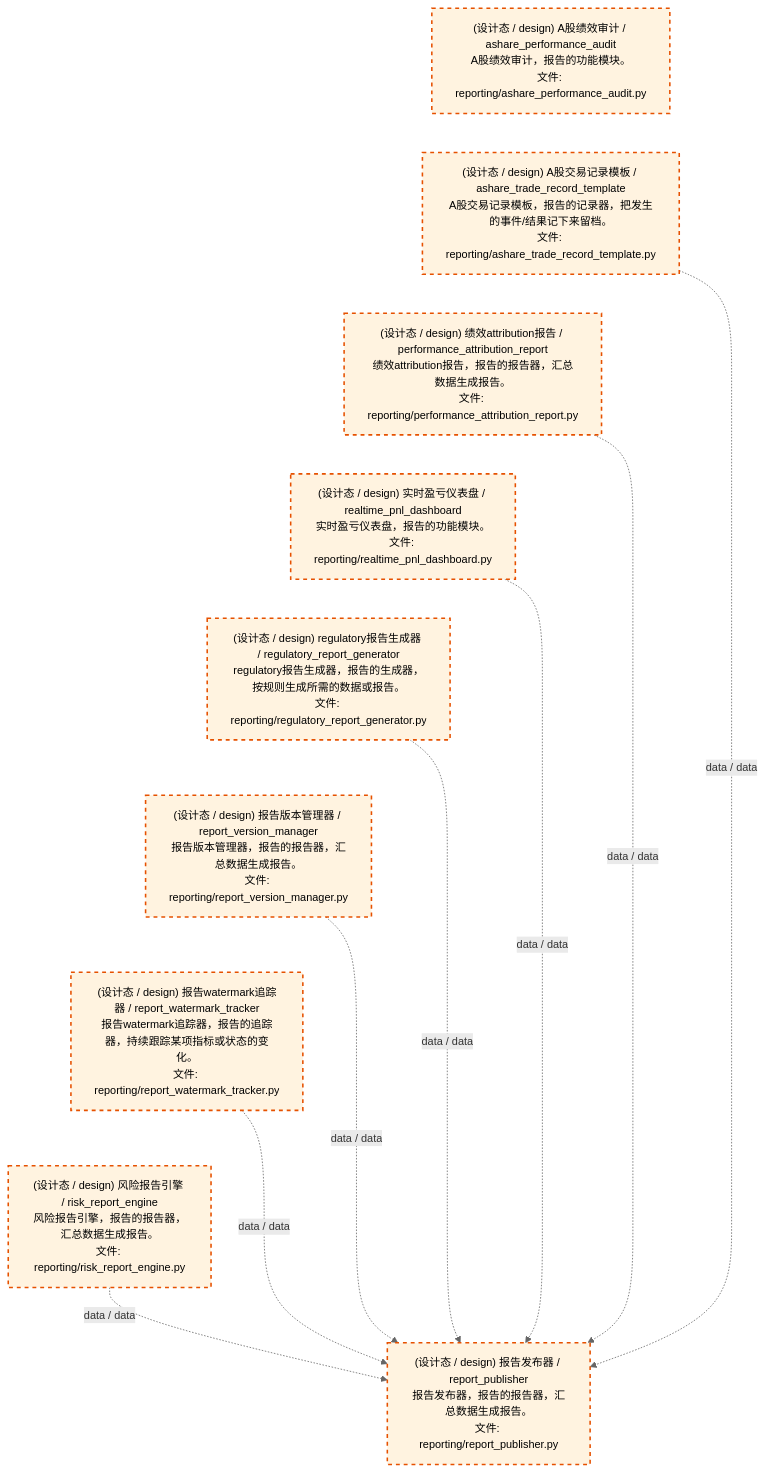
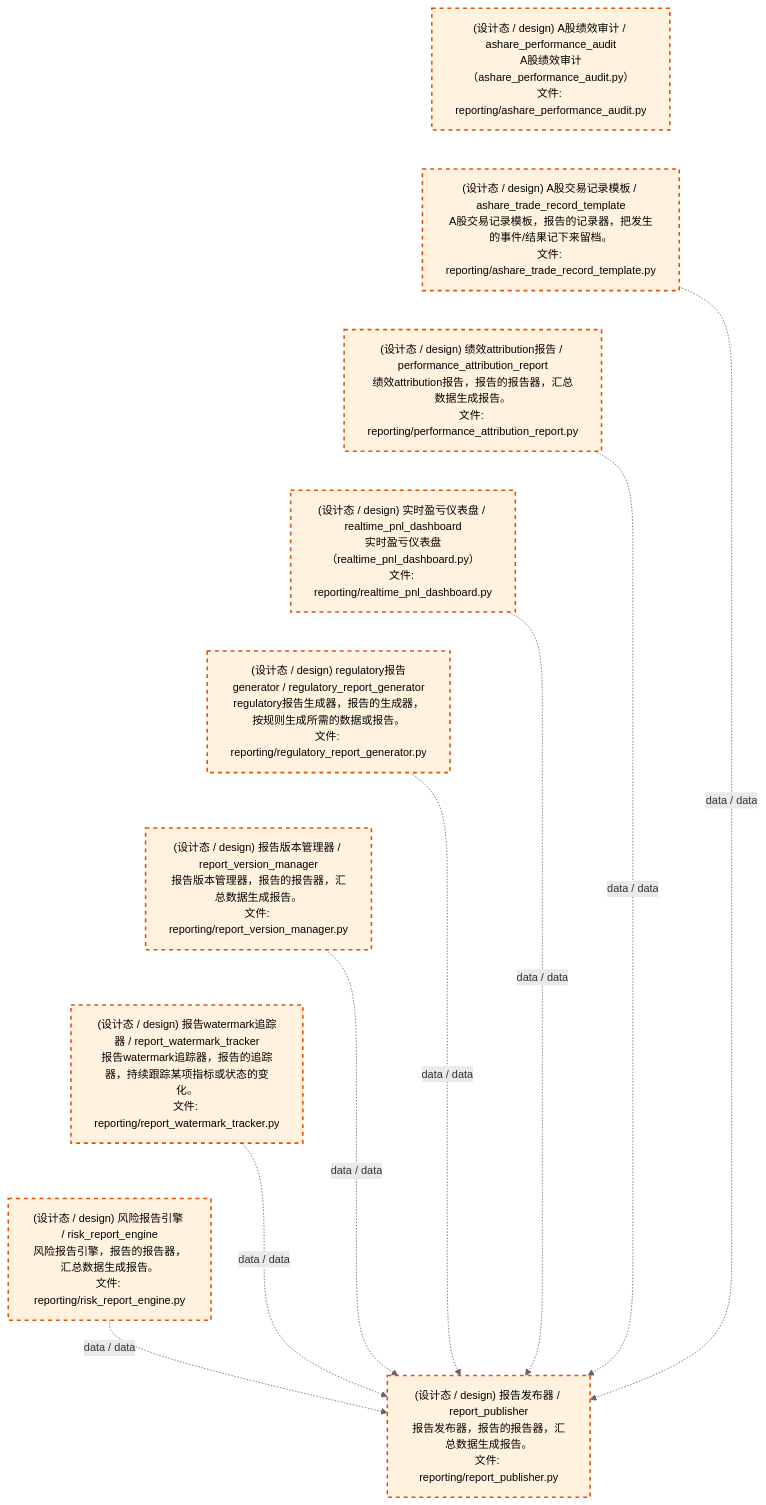
The third of 4 diagrams in docs/02_enterprise_architecture/02_domain_architecture_docs/26_d_reporting.md (xuanFelixVan/ZephyrAlpha), drawn with Mermaid before and after one commit. The commit also changed other lines of this file and 50 other files, not shown here.

````diff
--- a/docs/02_enterprise_architecture/02_domain_architecture_docs/26_d_reporting.md
+++ b/docs/02_enterprise_architecture/02_domain_architecture_docs/26_d_reporting.md
@@ -137,32 +137,32 @@
 ```mermaid
 %%{init: {'theme': 'base', 'themeVariables': {'primaryColor': '#eaeaea', 'primaryTextColor': '#333333', 'primaryBorderColor': '#666666', 'lineColor': '#666666', 'secondaryColor': '#eaeaea', 'tertiaryColor': '#eaeaea', 'fontSize': '14px'}}}%%
 flowchart TD
-    src_zephyr_reporting_ashare_performance_audit_py["(设计态 / design) A股绩效审计 / ashare_performance_audit<br/>A股绩效审计，报告的功能模块。<br/>文件: reporting/ashare_performance_audit.py"]
+    src_zephyr_reporting_ashare_performance_audit_py["(设计态 / design) A股绩效审计 / ashare_performance_audit<br/>A股绩效审计（ashare_performance_audit.py）<br/>文件: reporting/ashare_performance_audit.py"]
     src_zephyr_reporting_ashare_trade_record_template_py["(设计态 / design) A股交易记录模板 / ashare_trade_record_template<br/>A股交易记录模板，报告的记录器，把发生的事件/结果记下来留档。<br/>文件: reporting/ashare_trade_record_template.py"]
     src_zephyr_reporting_performance_attribution_report_py["(设计态 / design) 绩效attribution报告 / performance_attribution_report<br/>绩效attribution报告，报告的报告器，汇总数据生成报告。<br/>文件: reporting/performance_attribution_report.py"]
-    src_zephyr_reporting_realtime_pnl_dashboard_py["(设计态 / design) 实时盈亏仪表盘 / realtime_pnl_dashboard<br/>实时盈亏仪表盘，报告的功能模块。<br/>文件: reporting/realtime_pnl_dashboard.py"]
-    src_zephyr_reporting_regulatory_report_generator_py["(设计态 / design) regulatory报告生成器 / regulatory_report_generator<br/>regulatory报告生成器，报告的生成器，按规则生成所需的数据或报告。<br/>文件: reporting/regulatory_report_generator.py"]
+    src_zephyr_reporting_realtime_pnl_dashboard_py["(设计态 / design) 实时盈亏仪表盘 / realtime_pnl_dashboard<br/>实时盈亏仪表盘（realtime_pnl_dashboard.py）<br/>文件: reporting/realtime_pnl_dashboard.py"]
+    src_zephyr_reporting_regulatory_report_generator_py["(设计态 / design) regulatory报告generator / regulatory_report_generator<br/>regulatory报告生成器，报告的生成器，按规则生成所需的数据或报告。<br/>文件: reporting/regulatory_report_generator.py"]
     src_zephyr_reporting_report_version_manager_py["(设计态 / design) 报告版本管理器 / report_version_manager<br/>报告版本管理器，报告的报告器，汇总数据生成报告。<br/>文件: reporting/report_version_manager.py"]
     src_zephyr_reporting_report_watermark_tracker_py["(设计态 / design) 报告watermark追踪器 / report_watermark_tracker<br/>报告watermark追踪器，报告的追踪器，持续跟踪某项指标或状态的变化。<br/>文件: reporting/report_watermark_tracker.py"]
     src_zephyr_reporting_risk_report_engine_py["(设计态 / design) 风险报告引擎 / risk_report_engine<br/>风险报告引擎，报告的报告器，汇总数据生成报告。<br/>文件: reporting/risk_report_engine.py"]
     src_zephyr_reporting_ashare_performance_audit_py ~~~ src_zephyr_reporting_ashare_trade_record_template_py
     src_zephyr_reporting_ashare_trade_record_template_py ~~~ src_zephyr_reporting_performance_attribution_report_py
     src_zephyr_reporting_performance_attribution_report_py ~~~ src_zephyr_reporting_realtime_pnl_dashboard_py
     src_zephyr_reporting_realtime_pnl_dashboard_py ~~~ src_zephyr_reporting_regulatory_report_generator_py
     src_zephyr_reporting_regulatory_report_generator_py ~~~ src_zephyr_reporting_report_version_manager_py
     src_zephyr_reporting_report_version_manager_py ~~~ src_zephyr_reporting_report_watermark_tracker_py
     src_zephyr_reporting_report_watermark_tracker_py ~~~ src_zephyr_reporting_risk_report_engine_py
     src_zephyr_reporting_report_publisher_py["(设计态 / design) 报告发布器 / report_publisher<br/>报告发布器，报告的报告器，汇总数据生成报告。<br/>文件: reporting/report_publisher.py"]
     src_zephyr_reporting_ashare_trade_record_template_py -.->|data / data| src_zephyr_reporting_report_publisher_py
     src_zephyr_reporting_realtime_pnl_dashboard_py -.->|data / data| src_zephyr_reporting_report_publisher_py
     src_zephyr_reporting_regulatory_report_generator_py -.->|data / data| src_zephyr_reporting_report_publisher_py
     src_zephyr_reporting_risk_report_engine_py -.->|data / data| src_zephyr_reporting_report_publisher_py
     src_zephyr_reporting_report_version_manager_py -.->|data / data| src_zephyr_reporting_report_publisher_py
     src_zephyr_reporting_performance_attribution_report_py -.->|data / data| src_zephyr_reporting_report_publisher_py
     src_zephyr_reporting_report_watermark_tracker_py -.->|data / data| src_zephyr_reporting_report_publisher_py
     classDef production fill:#e1f5fe,stroke:#01579b,stroke-width:2px,color:#000
     classDef design fill:#fff3e0,stroke:#e65100,stroke-width:2px,color:#000,stroke-dasharray: 5 5
     classDef external_prod fill:#e8f4fd,stroke:#0277bd,stroke-width:1px,color:#000
     classDef external_design fill:#fff8e7,stroke:#ef6c00,stroke-width:1px,color:#000,stroke-dasharray: 5 5
     class src_zephyr_reporting_ashare_performance_audit_py,src_zephyr_reporting_ashare_trade_record_template_py,src_zephyr_reporting_performance_attribution_report_py,src_zephyr_reporting_realtime_pnl_dashboard_py,src_zephyr_reporting_regulatory_report_generator_py,src_zephyr_reporting_report_publisher_py,src_zephyr_reporting_report_version_manager_py,src_zephyr_reporting_report_watermark_tracker_py,src_zephyr_reporting_risk_report_engine_py design
 ```
````
